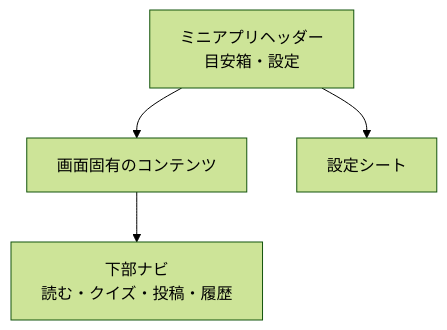
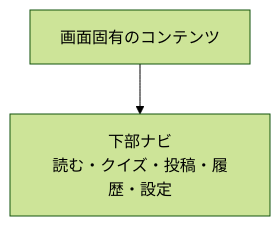
One commit to Digix00/58-Hackathon-202609 changed the diagram in docs/requirements/screens/shared-ui.md. Above: the diagram before and after it, drawn with Mermaid (forest theme). The commit also changed other lines of this file and 56 other files, not shown here.

````diff
--- a/docs/requirements/screens/shared-ui.md
+++ b/docs/requirements/screens/shared-ui.md
@@ -7,11 +7,7 @@
 ```mermaid
 flowchart TB
-  Header["ミニアプリヘッダー<br/>目安箱・設定"]
   Content["画面固有のコンテンツ"]
-  BottomNav["下部ナビ<br/>読む・クイズ・投稿・履歴"]
-  Sheet["設定シート"]
+  BottomNav["下部ナビ<br/>読む・クイズ・投稿・履歴・設定"]
 
-  Header --> Content
-  Header --> Sheet
   Content --> BottomNav
 ```
````
